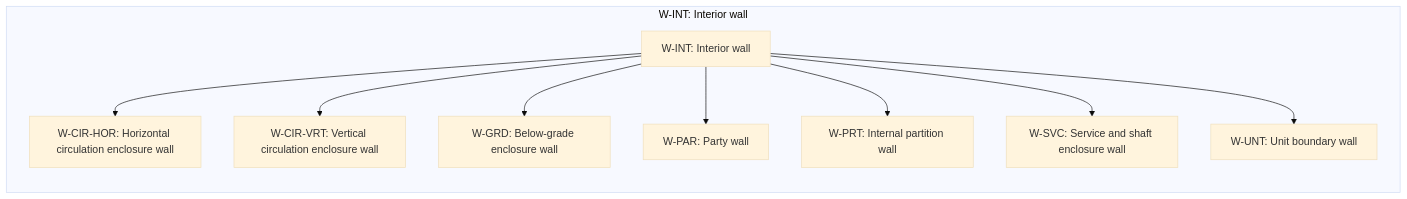
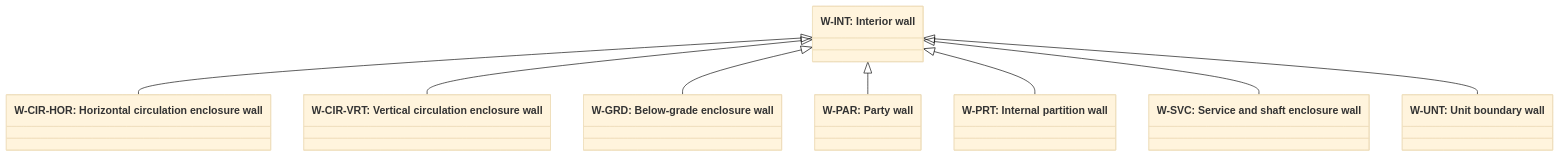
Before and after one commit to simondilhas/pragmatic-bim-data-contract: the diagram in site/classification/separator-wall-role.md, drawn with Mermaid (base theme). The commit also changed 354 other files, not shown here.

````diff
--- a/site/classification/separator-wall-role.md
+++ b/site/classification/separator-wall-role.md
@@ -15,13 +15,19 @@
 ```mermaid
-flowchart TD
-  subgraph root_W_INT ["W-INT: Interior wall"]
-    direction TB
-    n_W_INT["W-INT: Interior wall"] --> n_W_CIR_HOR["W-CIR-HOR: Horizontal circulation enclosure wall"]
-    n_W_INT["W-INT: Interior wall"] --> n_W_CIR_VRT["W-CIR-VRT: Vertical circulation enclosure wall"]
-    n_W_INT["W-INT: Interior wall"] --> n_W_GRD["W-GRD: Below-grade enclosure wall"]
-    n_W_INT["W-INT: Interior wall"] --> n_W_PAR["W-PAR: Party wall"]
-    n_W_INT["W-INT: Interior wall"] --> n_W_PRT["W-PRT: Internal partition wall"]
-    n_W_INT["W-INT: Interior wall"] --> n_W_SVC["W-SVC: Service and shaft enclosure wall"]
-    n_W_INT["W-INT: Interior wall"] --> n_W_UNT["W-UNT: Unit boundary wall"]
-  end
+classDiagram
+direction TB
+class n_W_CIR_HOR["W-CIR-HOR: Horizontal circulation enclosure wall"]
+class n_W_CIR_VRT["W-CIR-VRT: Vertical circulation enclosure wall"]
+class n_W_GRD["W-GRD: Below-grade enclosure wall"]
+class n_W_INT["W-INT: Interior wall"]
+class n_W_PAR["W-PAR: Party wall"]
+class n_W_PRT["W-PRT: Internal partition wall"]
+class n_W_SVC["W-SVC: Service and shaft enclosure wall"]
+class n_W_UNT["W-UNT: Unit boundary wall"]
+n_W_INT <|-- n_W_CIR_HOR
+n_W_INT <|-- n_W_CIR_VRT
+n_W_INT <|-- n_W_GRD
+n_W_INT <|-- n_W_PAR
+n_W_INT <|-- n_W_PRT
+n_W_INT <|-- n_W_SVC
+n_W_INT <|-- n_W_UNT
 ```
````
